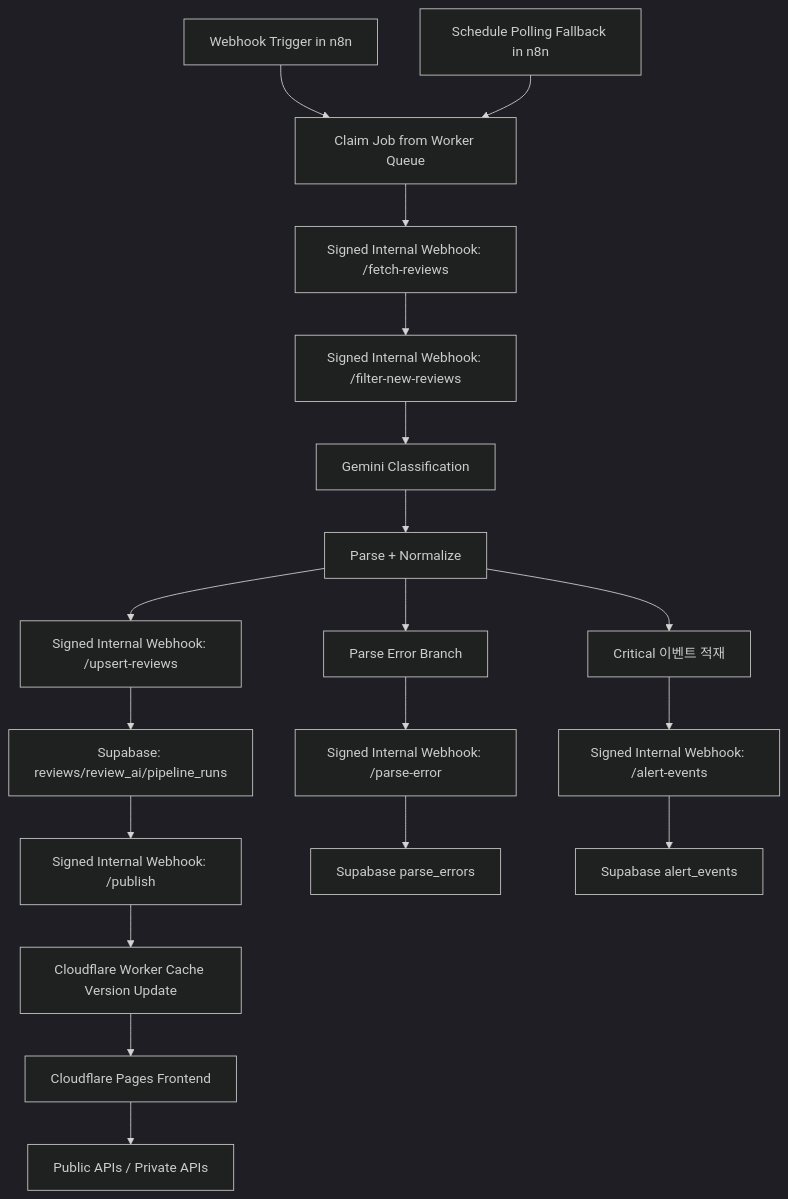
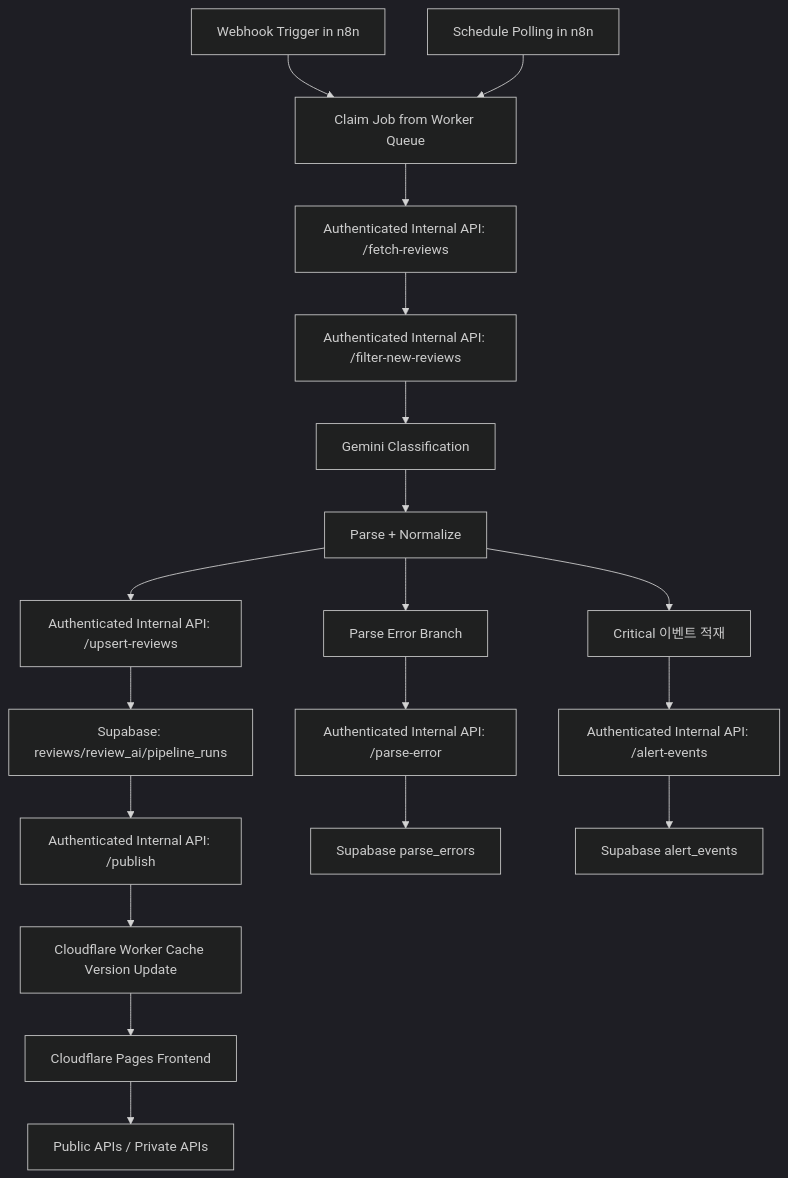
The diagram in README.md (jeonsavvy/VoC-Radar), drawn with Mermaid (dark theme) before and after one commit. The commit also changed other lines of this file and 4 other files, not shown here.

Commit message:
refactor: remove fallback app config from n8n queue flow

````diff
--- a/README.md
+++ b/README.md
@@ -8,21 +8,21 @@
 ```mermaid
 graph TD
     A[Webhook Trigger in n8n] --> B[Claim Job from Worker Queue]
-    Z[Schedule Polling Fallback in n8n] --> B
-    B --> C[Signed Internal Webhook: /fetch-reviews]
-    C --> D[Signed Internal Webhook: /filter-new-reviews]
+    Z[Schedule Polling in n8n] --> B
+    B --> C[Authenticated Internal API: /fetch-reviews]
+    C --> D[Authenticated Internal API: /filter-new-reviews]
     D --> E[Gemini Classification]
     E --> F[Parse + Normalize]
-    F --> G[Signed Internal Webhook: /upsert-reviews]
+    F --> G[Authenticated Internal API: /upsert-reviews]
     G --> H[Supabase: reviews/review_ai/pipeline_runs]
-    H --> I[Signed Internal Webhook: /publish]
+    H --> I[Authenticated Internal API: /publish]
     I --> J[Cloudflare Worker Cache Version Update]
     J --> K[Cloudflare Pages Frontend]
     K --> L[Public APIs / Private APIs]
     F --> M[Parse Error Branch]
-    M --> N[Signed Internal Webhook: /parse-error]
+    M --> N[Authenticated Internal API: /parse-error]
     N --> O[Supabase parse_errors]
     F --> P[Critical 이벤트 적재]
-    P --> Q[Signed Internal Webhook: /alert-events]
+    P --> Q[Authenticated Internal API: /alert-events]
     Q --> R[Supabase alert_events]
 ```
````
